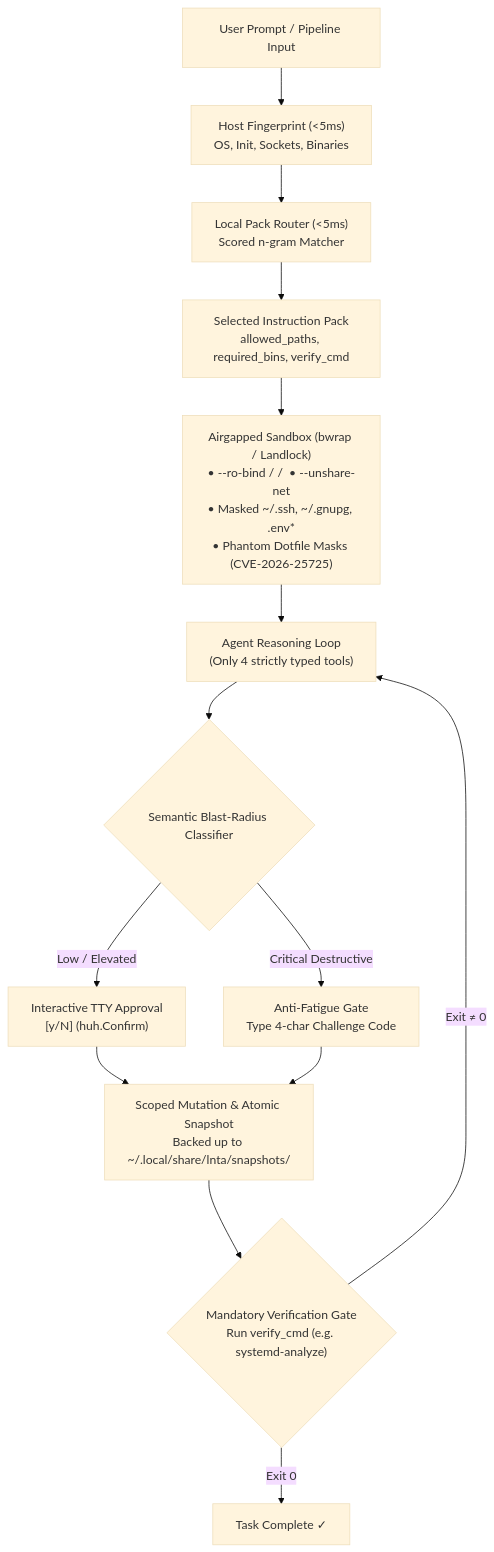
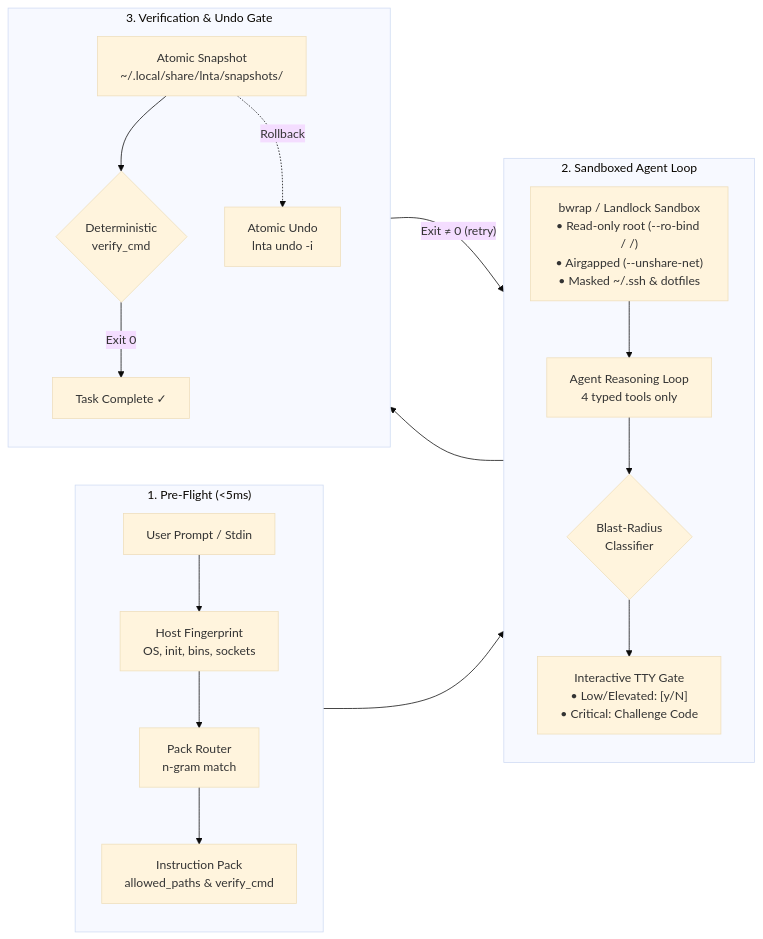
The diagram in README.md (sm-me-dev/lnta), drawn with Mermaid (base theme) before and after one commit. The commit also changed other lines of this file and 37 other files, not shown here.

````diff
--- a/README.md
+++ b/README.md
@@ -151,20 +142,29 @@
 ```mermaid
-flowchart TD
-    PROMPT["User Prompt / Pipeline Input"] --> FP["Host Fingerprint (<5ms)<br>OS, Init, Sockets, Binaries"]
-    FP --> ROUTER["Local Pack Router (<5ms)<br>Scored n-gram Matcher"]
-    ROUTER --> PACK["Selected Instruction Pack<br>allowed_paths, required_bins, verify_cmd"]
-    
-    PACK --> SANDBOX["Airgapped Sandbox (bwrap / Landlock)<br>• --ro-bind / /  • --unshare-net<br>• Masked ~/.ssh, ~/.gnupg, .env*<br>• Phantom Dotfile Masks (CVE-2026-25725)"]
-    
-    SANDBOX --> AGENT["Agent Reasoning Loop<br>(Only 4 strictly typed tools)"]
-    
-    AGENT --> CLASSIFY{"Semantic Blast-Radius Classifier"}
-    CLASSIFY -- "Low / Elevated" --> CONFIRM["Interactive TTY Approval<br>[y/N] (huh.Confirm)"]
-    CLASSIFY -- "Critical Destructive" --> CHALLENGE["Anti-Fatigue Gate<br>Type 4-char Challenge Code"]
-    
-    CONFIRM & CHALLENGE --> MUTATE["Scoped Mutation & Atomic Snapshot<br>Backed up to ~/.local/share/lnta/snapshots/"]
-    
-    MUTATE --> VERIFY{"Mandatory Verification Gate<br>Run verify_cmd (e.g. systemd-analyze)"}
-    VERIFY -- "Exit ≠ 0" --> AGENT
-    VERIFY -- "Exit 0" --> COMPLETE["Task Complete ✓"]
+flowchart LR
+    subgraph S1["1. Pre-Flight (<5ms)"]
+        direction TB
+        PROMPT["User Prompt / Stdin"] --> FP["Host Fingerprint<br/>OS, init, bins, sockets"]
+        FP --> ROUTER["Pack Router<br/>n-gram match"]
+        ROUTER --> PACK["Instruction Pack<br/>allowed_paths & verify_cmd"]
+    end
+
+    subgraph S2["2. Sandboxed Agent Loop"]
+        direction TB
+        SANDBOX["bwrap / Landlock Sandbox<br/>• Read-only root (--ro-bind / /)<br/>• Airgapped (--unshare-net)<br/>• Masked ~/.ssh & dotfiles"]
+        SANDBOX --> AGENT["Agent Reasoning Loop<br/>4 typed tools only"]
+        AGENT --> RISK{"Blast-Radius<br/>Classifier"}
+        RISK --> GATE["Interactive TTY Gate<br/>• Low/Elevated: [y/N]<br/>• Critical: Challenge Code"]
+    end
+
+    subgraph S3["3. Verification & Undo Gate"]
+        direction TB
+        SNAPSHOT["Atomic Snapshot<br/>~/.local/share/lnta/snapshots/"]
+        SNAPSHOT --> VERIFY{"Deterministic<br/>verify_cmd"}
+        VERIFY -- "Exit 0" --> COMPLETE["Task Complete ✓"]
+        SNAPSHOT -. "Rollback" .-> UNDO["Atomic Undo<br/>lnta undo -i"]
+    end
+
+    PACK --> SANDBOX
+    GATE --> SNAPSHOT
+    VERIFY -- "Exit ≠ 0 (retry)" --> AGENT
 ```
````
